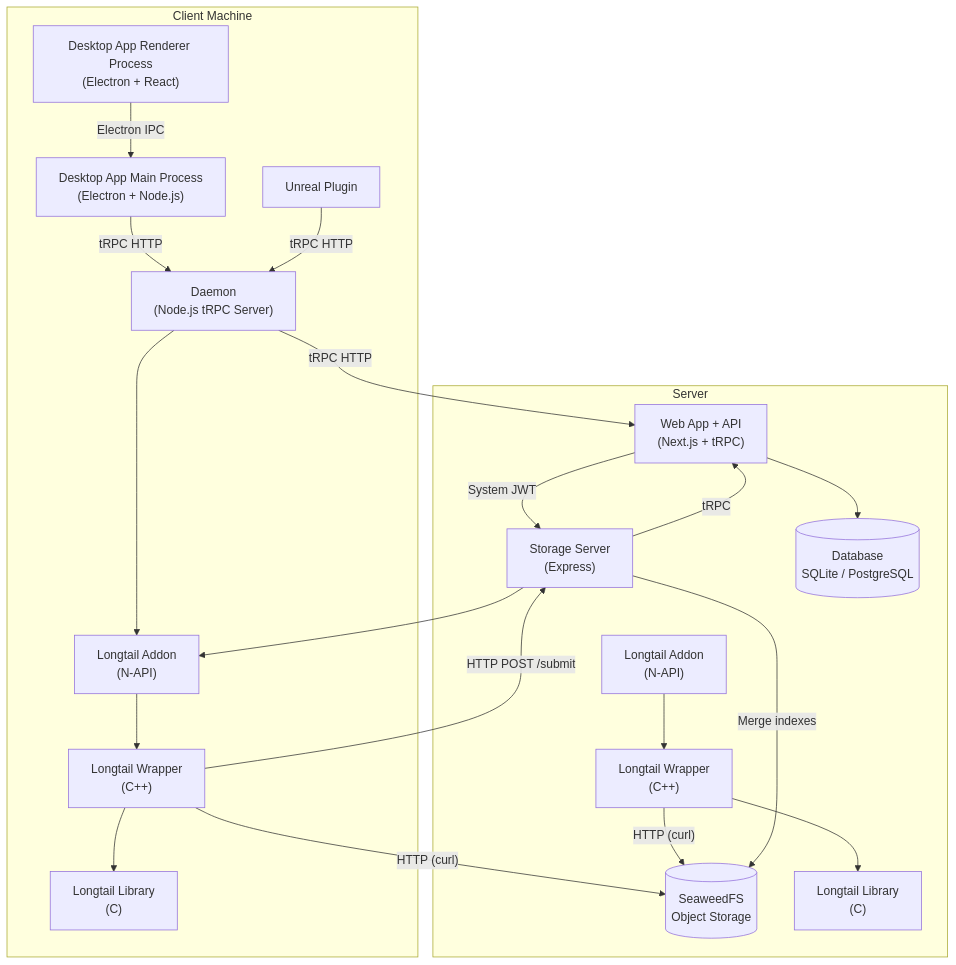
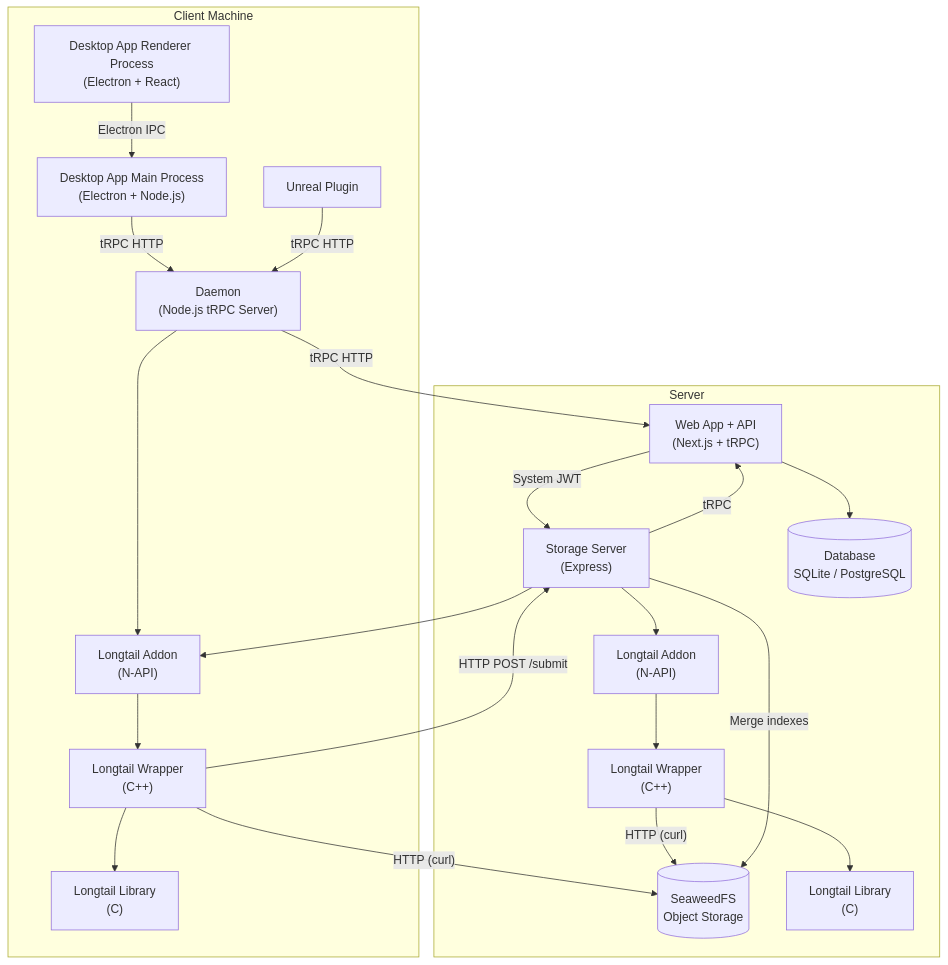
Before and after one commit to Incanta/Checkpoint: the first of 3 diagrams in README.md, drawn with Mermaid.

Commit message:
update readme again with missing mermaid link

````diff
--- a/README.md
+++ b/README.md
@@ -76,40 +76,41 @@
 ```mermaid
 graph TB
     subgraph Client["Client Machine"]
         DesktopRenderer["Desktop App Renderer Process<br/>(Electron + React)"]
         DesktopMain["Desktop App Main Process<br/>(Electron + Node.js)"]
         Unreal["Unreal Plugin"]
         Daemon["Daemon<br/>(Node.js tRPC Server)"]
         LongtailAddon["Longtail Addon<br/>(N-API)"]
         LongtailWrapper["Longtail Wrapper<br/>(C++)"]
         LongtailLib["Longtail Library<br/>(C)"]
     end
 
     subgraph Server["Server"]
         WebApp["Web App + API<br/>(Next.js + tRPC)"]
         StorageServer["Storage Server<br/>(Express)"]
         DB[(Database<br/>SQLite / PostgreSQL)]
         SeaweedFS[(SeaweedFS<br/>Object Storage)]
         LongtailAddonServer["Longtail Addon<br/>(N-API)"]
         LongtailWrapperServer["Longtail Wrapper<br/>(C++)"]
         LongtailLibServer["Longtail Library<br/>(C)"]
     end
 
     DesktopRenderer -- "Electron IPC" --> DesktopMain
     DesktopMain -- "tRPC HTTP" --> Daemon
     Unreal -- "tRPC HTTP" --> Daemon
     Daemon -- "tRPC HTTP" --> WebApp
     Daemon --> LongtailAddon
     LongtailAddon --> LongtailWrapper
     LongtailWrapper --> LongtailLib
     LongtailWrapper -- "HTTP (curl)" --> SeaweedFS
     LongtailWrapper -- "HTTP POST /submit" --> StorageServer
     LongtailAddonServer --> LongtailWrapperServer
     LongtailWrapperServer --> LongtailLibServer
     LongtailWrapperServer -- "HTTP (curl)" --> SeaweedFS
     StorageServer --> LongtailAddon
+    StorageServer --> LongtailAddonServer
     StorageServer -- "Merge indexes" --> SeaweedFS
     StorageServer -- "tRPC" --> WebApp
     WebApp --> DB
     WebApp -- "System JWT" --> StorageServer
 ```
````
